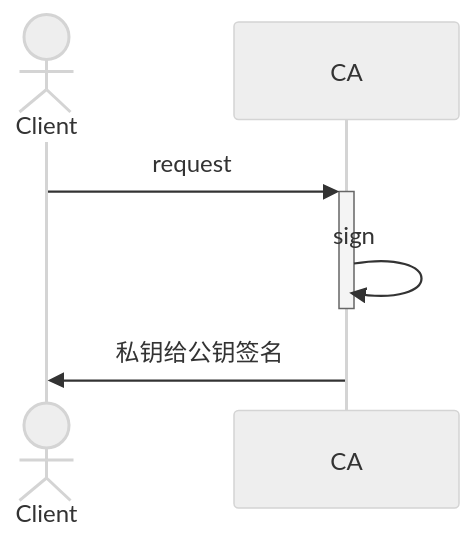
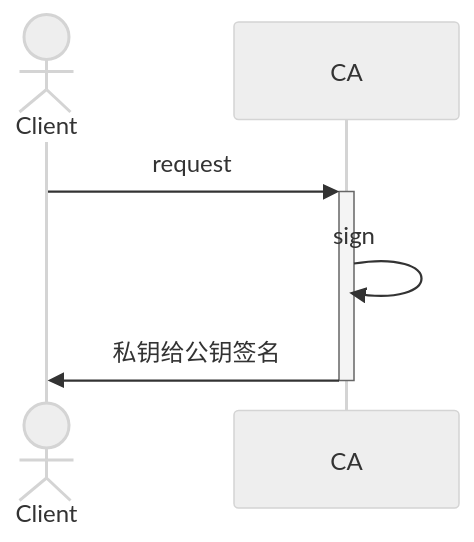
One commit to kyriejoshua/network-protocol-notes changed the first of 5 diagrams in lib/底层网络知识之应用层/HTTPS/index.md. Above: the diagram before and after it, drawn with Mermaid (neutral theme). The commit also changed other lines of this file, not shown here.

````diff
--- a/lib/底层网络知识之应用层/HTTPS/index.md
+++ b/lib/底层网络知识之应用层/HTTPS/index.md
@@ -364,7 +382,7 @@
 ```mermaid
 sequenceDiagram
 	Actor Client
 	Client ->> +CA: request
-	CA ->> -CA: sign
-	CA ->> Client: 私钥给公钥签名
+	CA ->> CA: sign
+	CA ->> -Client: 私钥给公钥签名
 ```
````
